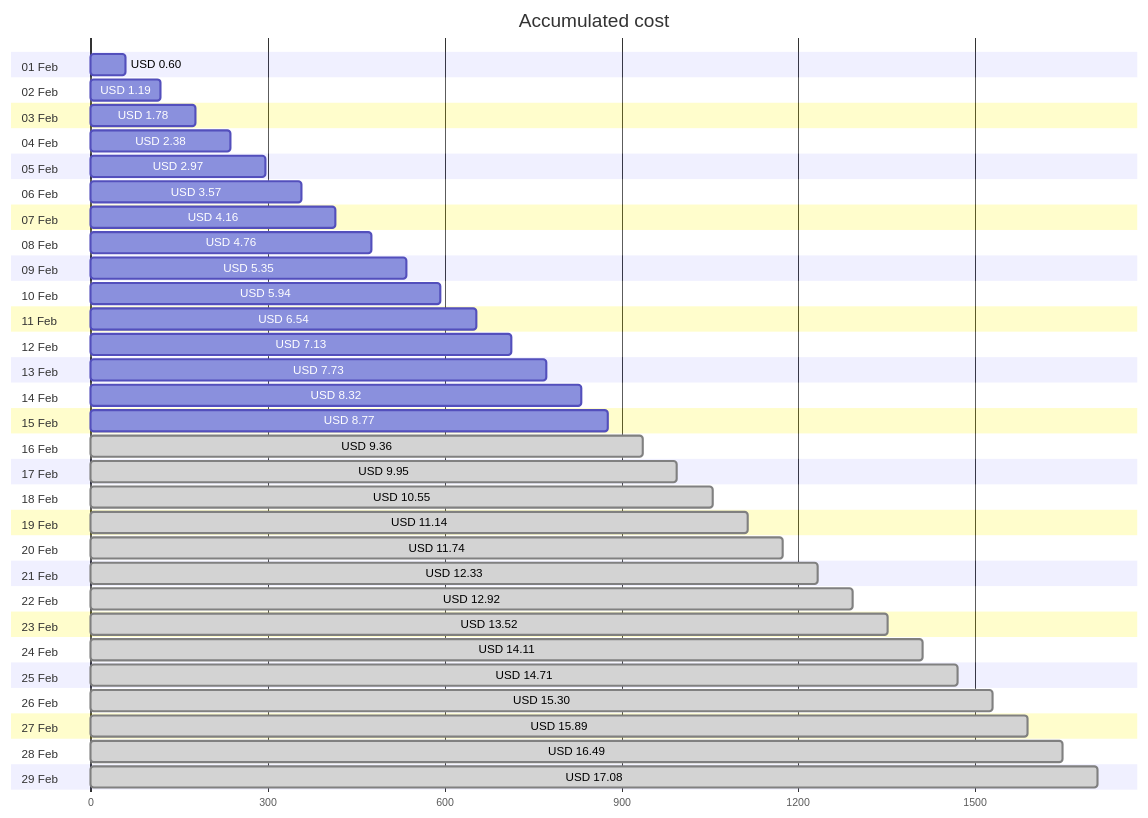
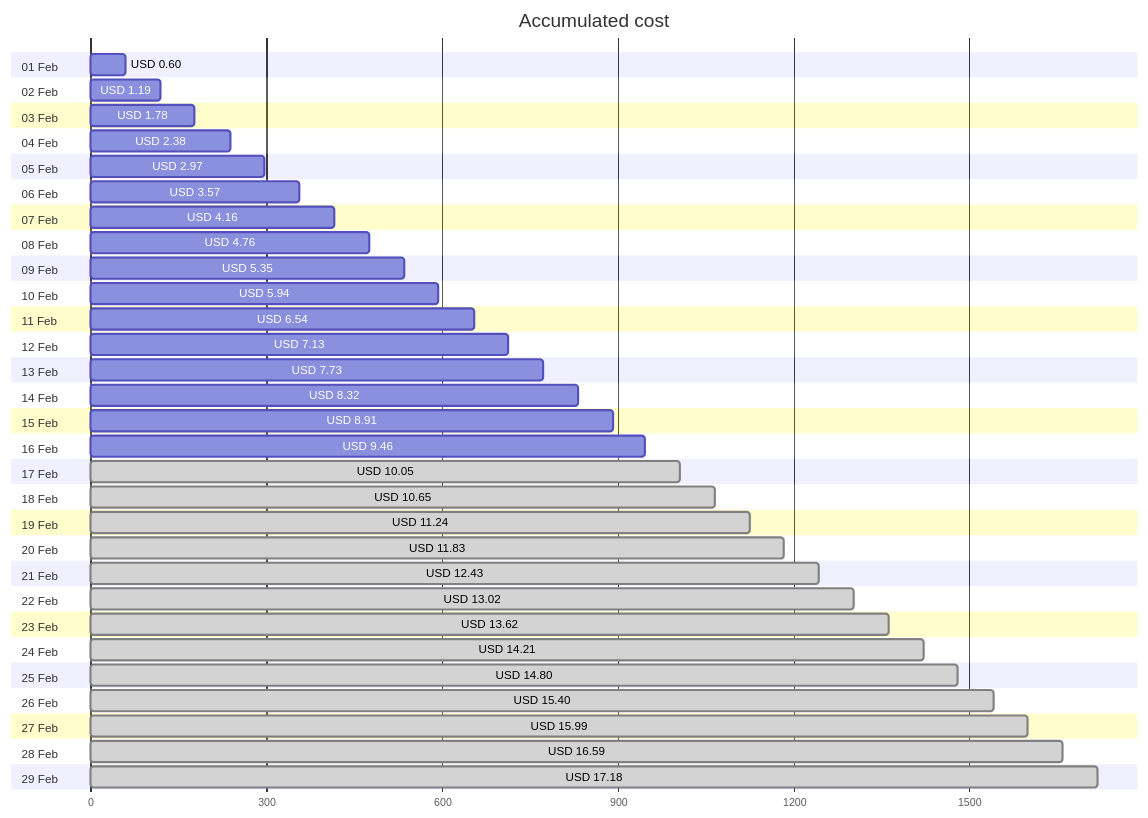
One commit to jpfulton/azure-personal-reports changed the first of 4 diagrams in cost-reports/personal-site/README.md. Above: the diagram before and after it, drawn with Mermaid. The commit also changed other lines of this file and 6 other files, not shown here.

````diff
--- a/cost-reports/personal-site/README.md
+++ b/cost-reports/personal-site/README.md
@@ -20,64 +20,64 @@
 ```mermaid
 gantt
    title Accumulated cost
    dateFormat  X
    axisFormat %s
    section 01 Feb
    USD 0.60 :0, 60
    section 02 Feb
    USD 1.19 :0, 119
    section 03 Feb
    USD 1.78 :0, 178
    section 04 Feb
    USD 2.38 :0, 238
    section 05 Feb
    USD 2.97 :0, 297
    section 06 Feb
    USD 3.57 :0, 357
    section 07 Feb
    USD 4.16 :0, 416
    section 08 Feb
    USD 4.76 :0, 476
    section 09 Feb
    USD 5.35 :0, 535
    section 10 Feb
    USD 5.94 :0, 594
    section 11 Feb
    USD 6.54 :0, 654
    section 12 Feb
    USD 7.13 :0, 713
    section 13 Feb
    USD 7.73 :0, 773
    section 14 Feb
    USD 8.32 :0, 832
    section 15 Feb
-   USD 8.77 :0, 877
+   USD 8.91 :0, 891
    section 16 Feb
-   USD 9.36 : done, 0, 936
+   USD 9.46 :0, 946
    section 17 Feb
-   USD 9.95 : done, 0, 995
+   USD 10.05 : done, 0, 1005
    section 18 Feb
-   USD 10.55 : done, 0, 1055
+   USD 10.65 : done, 0, 1065
    section 19 Feb
-   USD 11.14 : done, 0, 1114
+   USD 11.24 : done, 0, 1124
    section 20 Feb
-   USD 11.74 : done, 0, 1174
+   USD 11.83 : done, 0, 1183
    section 21 Feb
-   USD 12.33 : done, 0, 1233
+   USD 12.43 : done, 0, 1243
    section 22 Feb
-   USD 12.92 : done, 0, 1292
+   USD 13.02 : done, 0, 1302
    section 23 Feb
-   USD 13.52 : done, 0, 1352
+   USD 13.62 : done, 0, 1362
    section 24 Feb
-   USD 14.11 : done, 0, 1411
+   USD 14.21 : done, 0, 1421
    section 25 Feb
-   USD 14.71 : done, 0, 1471
+   USD 14.80 : done, 0, 1480
    section 26 Feb
-   USD 15.30 : done, 0, 1530
+   USD 15.40 : done, 0, 1540
    section 27 Feb
-   USD 15.89 : done, 0, 1589
+   USD 15.99 : done, 0, 1599
    section 28 Feb
-   USD 16.49 : done, 0, 1649
+   USD 16.59 : done, 0, 1659
    section 29 Feb
-   USD 17.08 : done, 0, 1708
+   USD 17.18 : done, 0, 1718
 ```
````
